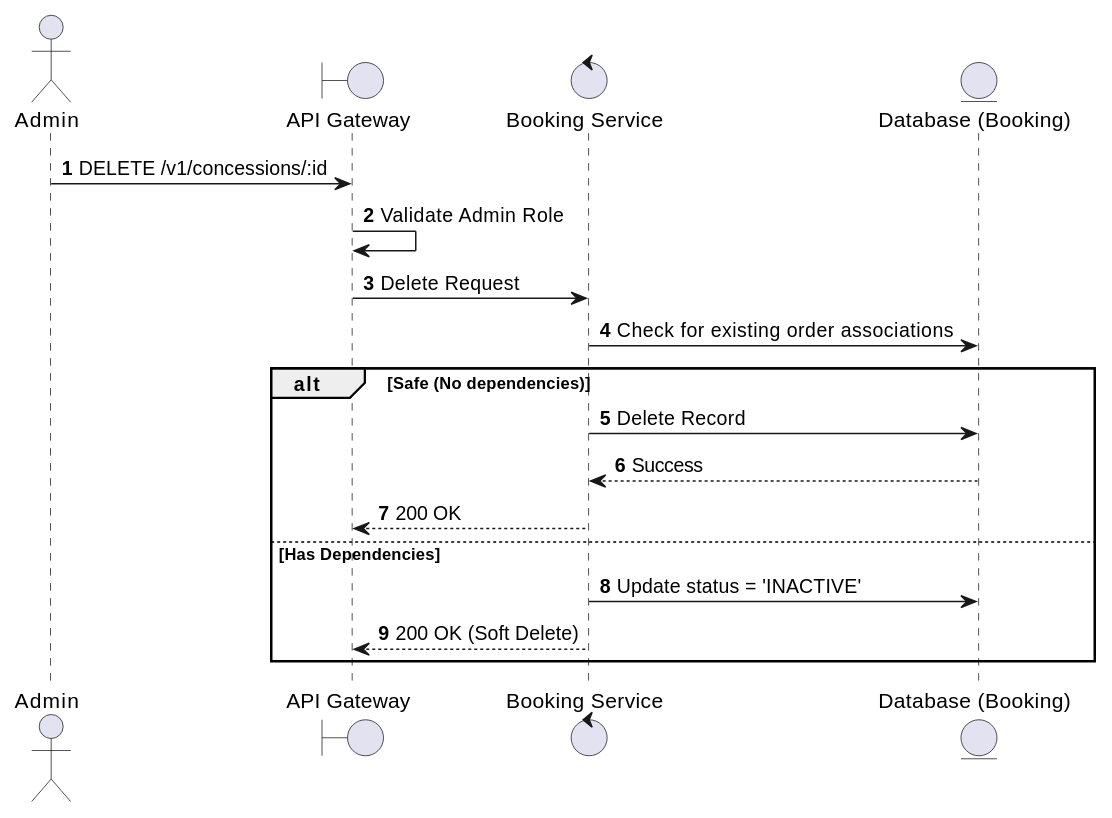
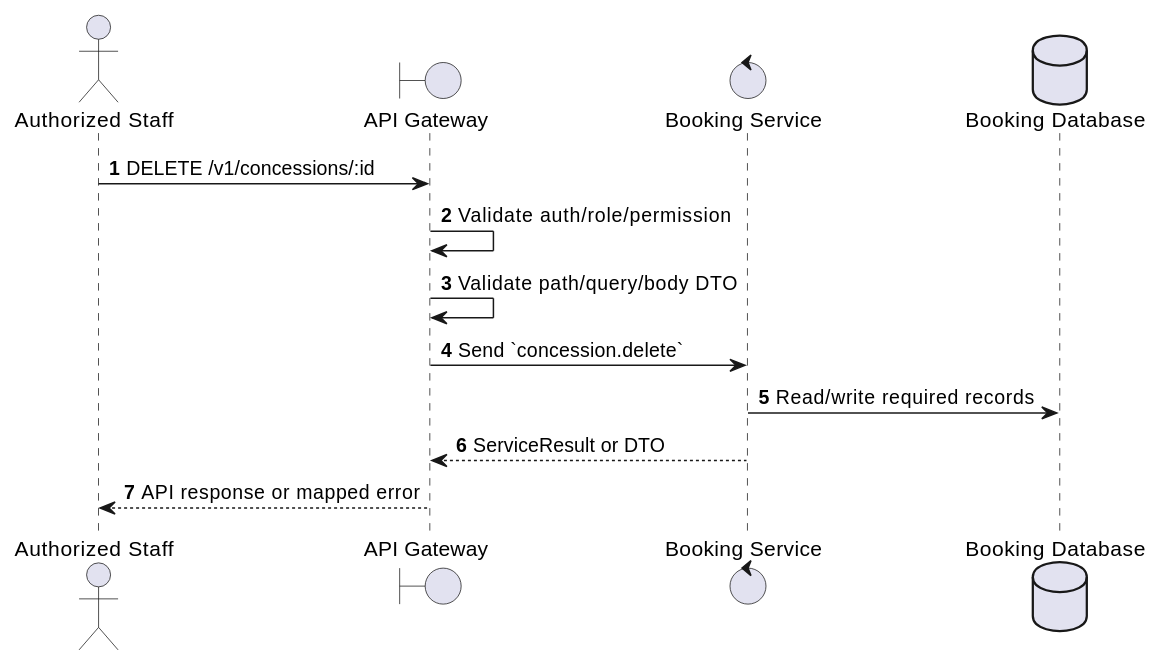
The first of 2 diagrams in docs/functional_specs/3.9_Concessions_FB_Module/CS-05_Delete_Concession.md (Tanh1603/movie-hub-architecture), drawn with PlantUML before and after one commit. The commit also changed other lines of this file and 126 other files, not shown here.

````diff
--- a/docs/functional_specs/3.9_Concessions_FB_Module/CS-05_Delete_Concession.md
+++ b/docs/functional_specs/3.9_Concessions_FB_Module/CS-05_Delete_Concession.md
@@ -17,22 +17,17 @@
 ```plantuml
 @startuml
 autonumber
-actor Admin
+actor "Authorized Staff" as Actor
 boundary "API Gateway" as GW
-control "Booking Service" as BS
-entity "Database (Booking)" as DB
+control "Booking Service" as SVC
+database "Booking Database" as DB
 
-Admin -> GW: DELETE /v1/concessions/:id
-GW -> GW: Validate Admin Role
-GW -> BS: Delete Request
-BS -> DB: Check for existing order associations
-alt Safe (No dependencies)
-    BS -> DB: Delete Record
-    DB --> BS: Success
-    BS --> GW: 200 OK
-else Has Dependencies
-    BS -> DB: Update status = 'INACTIVE'
-    BS --> GW: 200 OK (Soft Delete)
-end
+Actor -> GW: DELETE /v1/concessions/:id
+GW -> GW: Validate auth/role/permission
+GW -> GW: Validate path/query/body DTO
+GW -> SVC: Send `concession.delete`
+SVC -> DB: Read/write required records
+SVC --> GW: ServiceResult or DTO
+GW --> Actor: API response or mapped error
 @enduml
 ```
````
